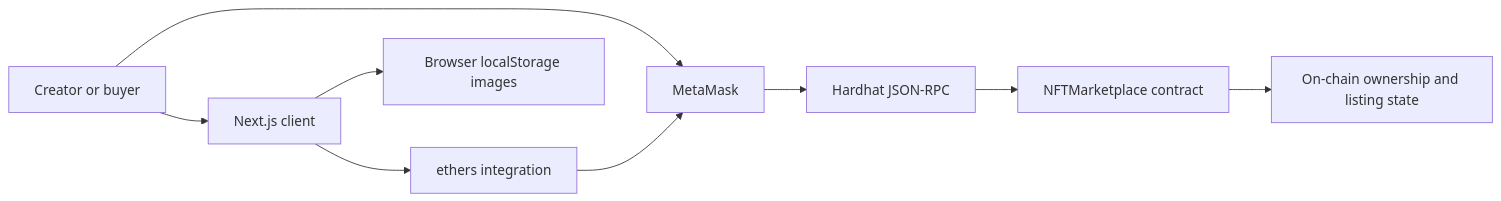
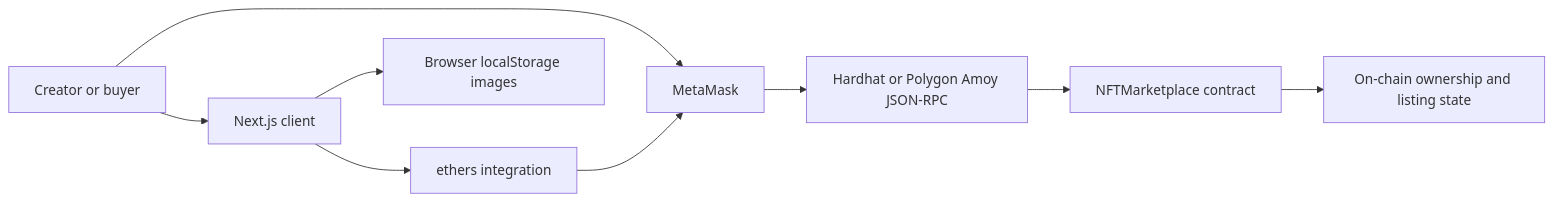
Before and after one commit to ChristianUgo/artefact-NFTs-Marketplace-V2: the diagram in README.md, drawn with Mermaid. The commit also changed other lines of this file and 1 other file, not shown here.

Commit message:
docs: document Amoy deployment and security model

````diff
--- a/README.md
+++ b/README.md
@@ -32,11 +32,11 @@
 ```mermaid
 flowchart LR
     U["Creator or buyer"] --> M["MetaMask"]
     U --> UI["Next.js client"]
     UI --> E["ethers integration"]
     E --> M
-    M --> H["Hardhat JSON-RPC"]
-    H --> C["NFTMarketplace contract"]
+    M --> N["Hardhat or Polygon Amoy JSON-RPC"]
+    N --> C["NFTMarketplace contract"]
     UI --> L["Browser localStorage images"]
     C --> S["On-chain ownership and listing state"]
 ```
````
